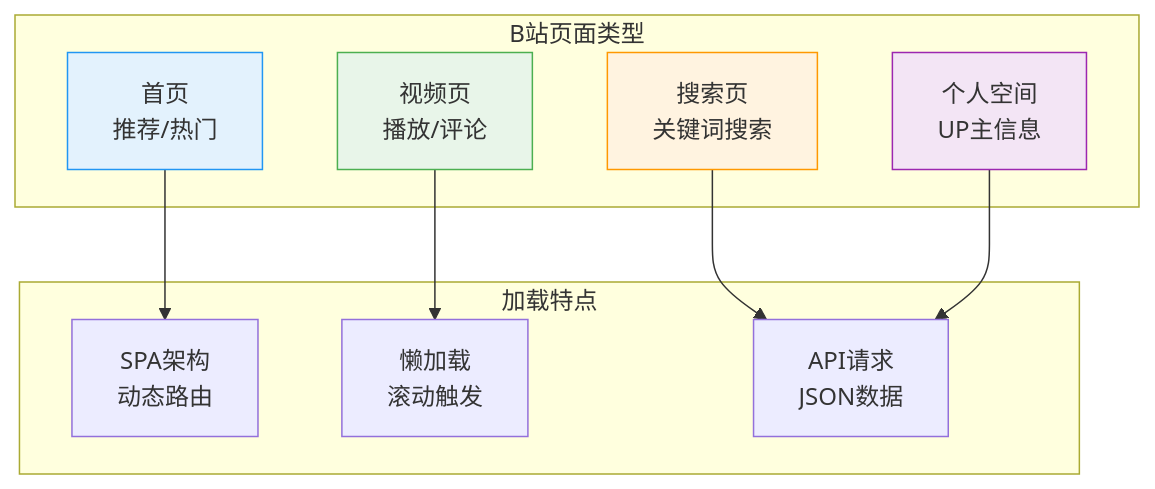
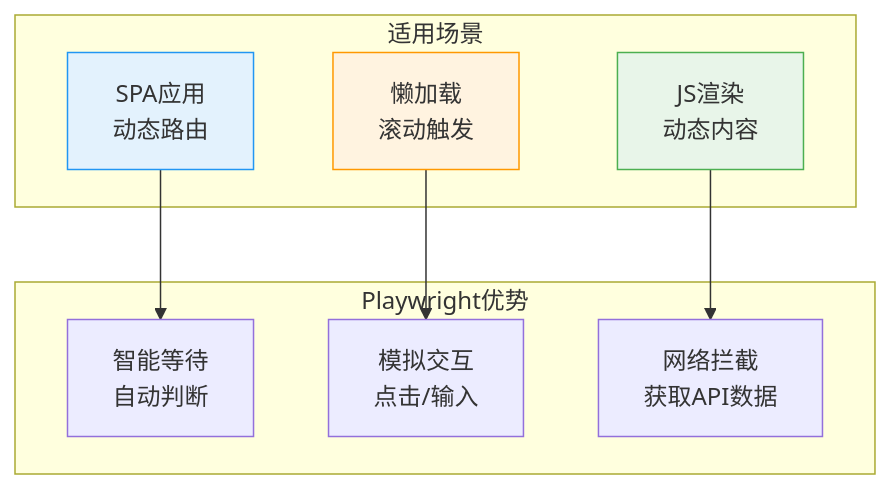
Before and after one commit to NanmiCoder/CrawlerTutorial: the third of 4 diagrams in docs/爬虫进价/04_Playwright浏览器自动化入门.md, drawn with Mermaid. The commit also changed other lines of this file and 15 other files, not shown here.

````diff
--- a/docs/爬虫进价/04_Playwright浏览器自动化入门.md
+++ b/docs/爬虫进价/04_Playwright浏览器自动化入门.md
@@ -615,25 +615,22 @@
 ```mermaid
 flowchart TD
-    subgraph B站页面类型
-        Home["首页<br/>推荐/热门"]
-        Search["搜索页<br/>关键词搜索"]
-        Video["视频页<br/>播放/评论"]
-        Space["个人空间<br/>UP主信息"]
+    subgraph 适用场景
+        SPA["SPA应用<br/>动态路由"]
+        Lazy["懒加载<br/>滚动触发"]
+        JS["JS渲染<br/>动态内容"]
     end
 
-    subgraph 加载特点
-        SPA["SPA架构<br/>动态路由"]
-        Lazy["懒加载<br/>滚动触发"]
-        API["API请求<br/>JSON数据"]
+    subgraph Playwright优势
+        Wait["智能等待<br/>自动判断"]
+        Interact["模拟交互<br/>点击/输入"]
+        Network["网络拦截<br/>获取API数据"]
     end
 
-    Home --> SPA
-    Search --> API
-    Video --> Lazy
-    Space --> API
+    SPA --> Wait
+    Lazy --> Interact
+    JS --> Network
 
-    style Home fill:#e3f2fd,stroke:#2196f3
-    style Search fill:#fff3e0,stroke:#ff9800
-    style Video fill:#e8f5e9,stroke:#4caf50
-    style Space fill:#f3e5f5,stroke:#9c27b0
+    style SPA fill:#e3f2fd,stroke:#2196f3
+    style Lazy fill:#fff3e0,stroke:#ff9800
+    style JS fill:#e8f5e9,stroke:#4caf50
 ```
````
